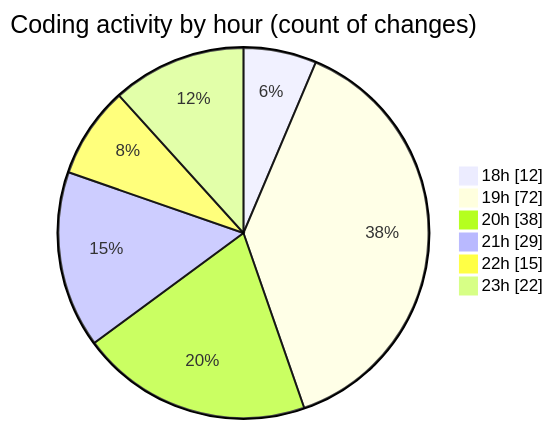
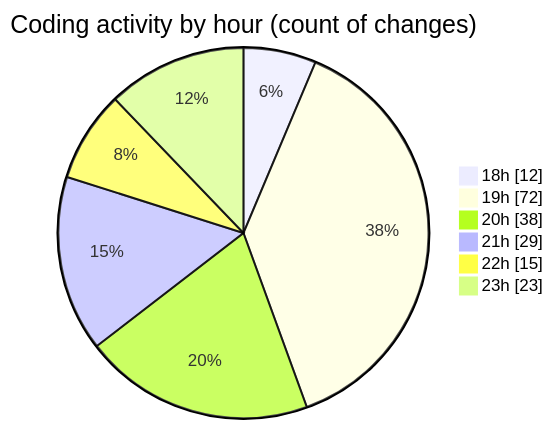
One commit to MatusMokan/code-tracking changed the second of 2 diagrams in 2025-03-14/myws__workspace_/README.md. Above: the diagram before and after it, drawn with Mermaid. The commit also changed other lines of this file and 1 other file, not shown here.

````diff
--- a/2025-03-14/myws__workspace_/README.md
+++ b/2025-03-14/myws__workspace_/README.md
@@ -31,10 +31,10 @@
 ```mermaid
 pie showData
 title Coding activity by hour (count of changes)
 "18h" : 12
 "19h" : 72
 "20h" : 38
 "21h" : 29
 "22h" : 15
-"23h" : 22
+"23h" : 23
 ```
````
